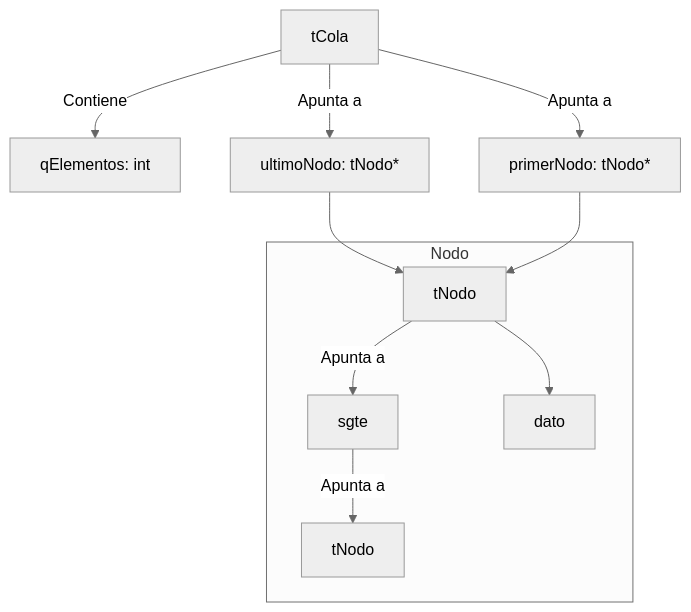
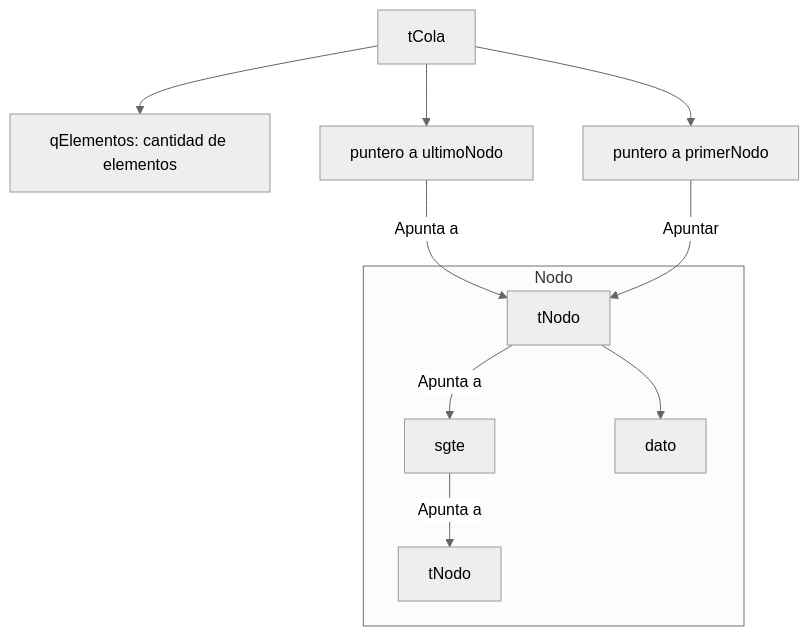
One commit to mletelle/ape_tad changed the second of 2 diagrams in README.md. Above: the diagram before and after it, drawn with Mermaid (neutral theme).

````diff
--- a/README.md
+++ b/README.md
@@ -29,18 +29,17 @@
 ```mermaid
 flowchart  TD
 
 subgraph  Nodo["Nodo"]
 E["sgte"]
 C["tNodo"]
 n2["dato"]
 n3["tNodo"]
 end
 
-A["tCola"]  -- Contiene -->  B["qElementos: int"]
-A  -- Apunta a -->  D["ultimoNodo: tNodo*"]  &  n1["primerNodo: tNodo*"]
+A["tCola"]  -->  B["qElementos: cantidad de elementos"]  &  D["puntero a ultimoNodo"]  &  n1["puntero a primerNodo"]
 C  -- Apunta a -->  E
-D  -->  C
-n1  -->  C
+D  -- Apunta a -->  C
+n1  -- Apuntar -->  C
 C  -->  n2
 E  -- Apunta a -->  n3
 ```
````
